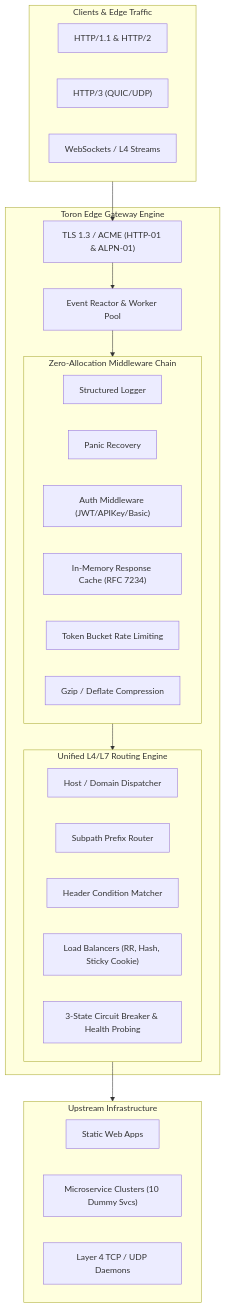
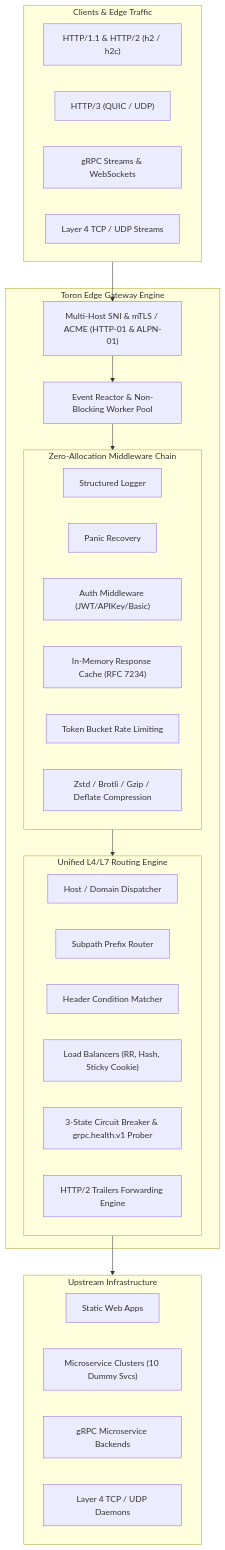
One commit to SayantanSaha/toron changed the first of 2 diagrams in PRODUCT_REVIEW.md. Above: the diagram before and after it, drawn with Mermaid. The commit also changed other lines of this file, not shown here.

Commit message:
docs: update product owner evaluation to v1.0.0-p29 reflecting Zstd/Brotli, gRPC gateway, and per-host SNI/mTLS

````diff
--- a/PRODUCT_REVIEW.md
+++ b/PRODUCT_REVIEW.md
@@ -13,38 +13,41 @@
 ```mermaid
 flowchart TD
     subgraph Clients["Clients & Edge Traffic"]
-        C1["HTTP/1.1 & HTTP/2"]
-        C2["HTTP/3 (QUIC/UDP)"]
-        C3["WebSockets / L4 Streams"]
+        C1["HTTP/1.1 & HTTP/2 (h2 / h2c)"]
+        C2["HTTP/3 (QUIC / UDP)"]
+        C3["gRPC Streams & WebSockets"]
+        C4["Layer 4 TCP / UDP Streams"]
     end
 
     subgraph Toron["Toron Edge Gateway Engine"]
-        Reactor["Event Reactor & Worker Pool"]
-        TLS["TLS 1.3 / ACME (HTTP-01 & ALPN-01)"]
+        Reactor["Event Reactor & Non-Blocking Worker Pool"]
+        TLS["Multi-Host SNI & mTLS / ACME (HTTP-01 & ALPN-01)"]
         
         subgraph Pipeline["Zero-Allocation Middleware Chain"]
             Logger["Structured Logger"]
             Recovery["Panic Recovery"]
             Auth["Auth Middleware (JWT/APIKey/Basic)"]
             Cache["In-Memory Response Cache (RFC 7234)"]
             RateLimit["Token Bucket Rate Limiting"]
-            Compression["Gzip / Deflate Compression"]
+            Compression["Zstd / Brotli / Gzip / Deflate Compression"]
         end
         
         subgraph Routing["Unified L4/L7 Routing Engine"]
             VHost["Host / Domain Dispatcher"]
             Prefix["Subpath Prefix Router"]
             Headers["Header Condition Matcher"]
             LB["Load Balancers (RR, Hash, Sticky Cookie)"]
-            CB["3-State Circuit Breaker & Health Probing"]
+            CB["3-State Circuit Breaker & grpc.health.v1 Prober"]
+            Trailers["HTTP/2 Trailers Forwarding Engine"]
         end
     end
 
     subgraph Backends["Upstream Infrastructure"]
         S1["Static Web Apps"]
         S2["Microservice Clusters (10 Dummy Svcs)"]
-        S3["Layer 4 TCP / UDP Daemons"]
+        S3["gRPC Microservice Backends"]
+        S4["Layer 4 TCP / UDP Daemons"]
     end
 
     Clients --> TLS --> Reactor --> Pipeline --> Routing --> Backends
 ```
````
